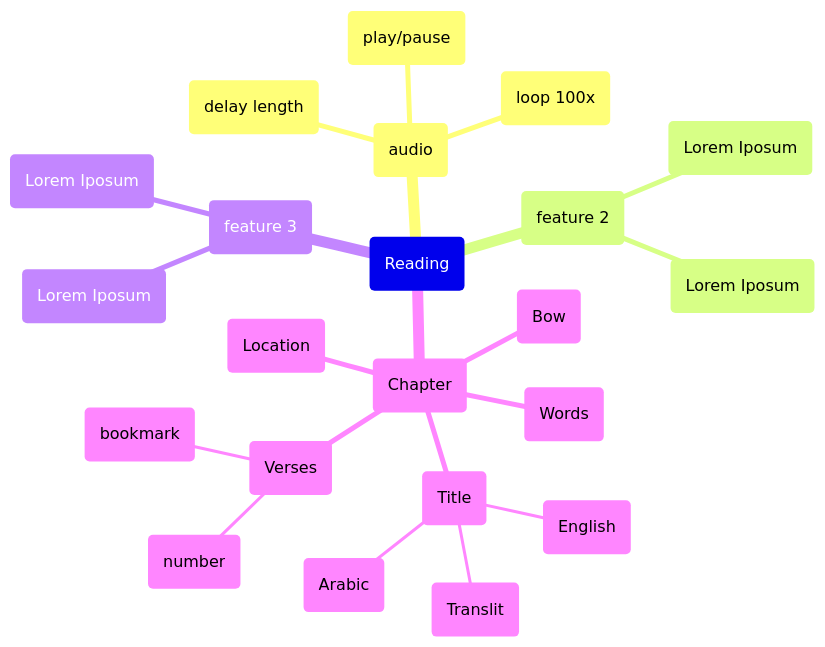
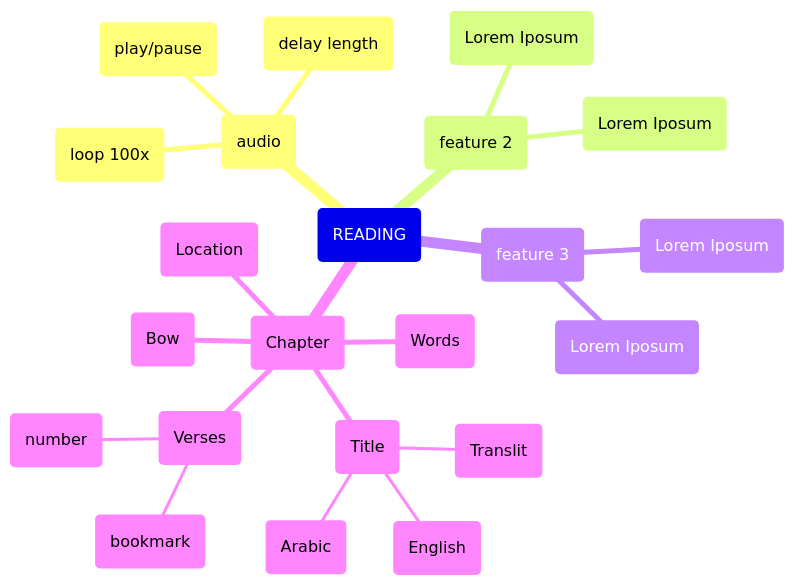
One commit to muhiddinjv/mvp changed the diagram in README.md. Above: the diagram before and after it, drawn with Mermaid. The commit also changed other lines of this file, not shown here.

````diff
--- a/README.md
+++ b/README.md
@@ -1,26 +2,25 @@
 ```mermaid
 mindmap
-  root(Reading)
-
+  root(READING)
     (audio)
       (play/pause)
       (loop 100x)
       (delay length)
     (feature 2)
       (Lorem Iposum)
       (Lorem Iposum)
     (feature 3)
       (Lorem Iposum)
       (Lorem Iposum)
     (Chapter)
       (Title)
         (Translit)
         (Arabic)
         (English)
       (Location)
       (Verses)
         (number)
         (bookmark)
       (Words)
       (Bow)
 ```
````
